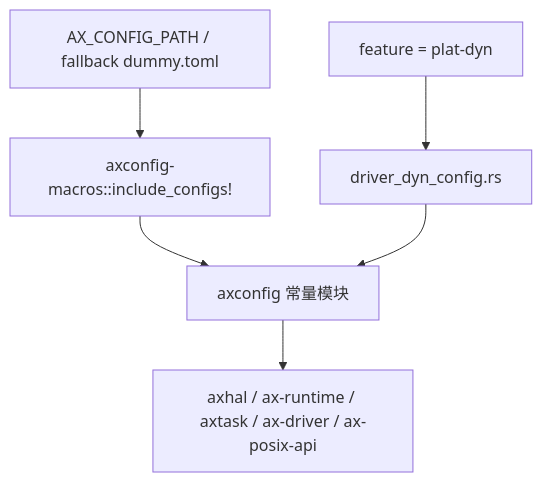
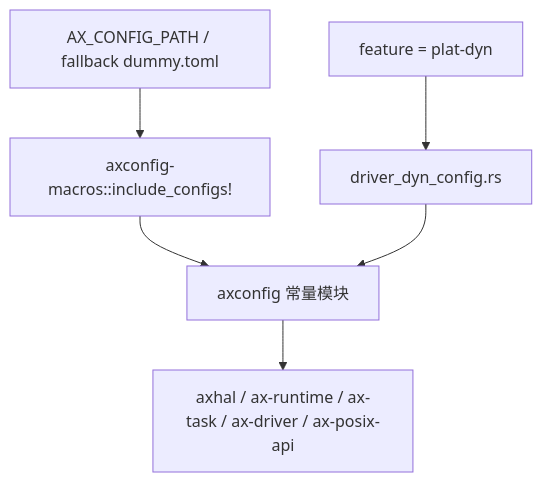
Before and after one commit to zKurisu/tgoskits: the first of 2 diagrams in docs/crates/axconfig.md, drawn with Mermaid. The commit also changed other lines of this file and 133 other files, not shown here.

Commit message:
rename axtask to ax-task

````diff
--- a/docs/crates/axconfig.md
+++ b/docs/crates/axconfig.md
@@ -25,10 +25,10 @@
 ```mermaid
 flowchart TD
     A["AX_CONFIG_PATH / fallback dummy.toml"] --> B["axconfig-macros::include_configs!"]
     B --> C["axconfig 常量模块"]
 
     D["feature = plat-dyn"] --> E["driver_dyn_config.rs"]
     E --> C
 
-    C --> F["axhal / ax-runtime / axtask / ax-driver / ax-posix-api"]
+    C --> F["axhal / ax-runtime / ax-task / ax-driver / ax-posix-api"]
 ```
````
